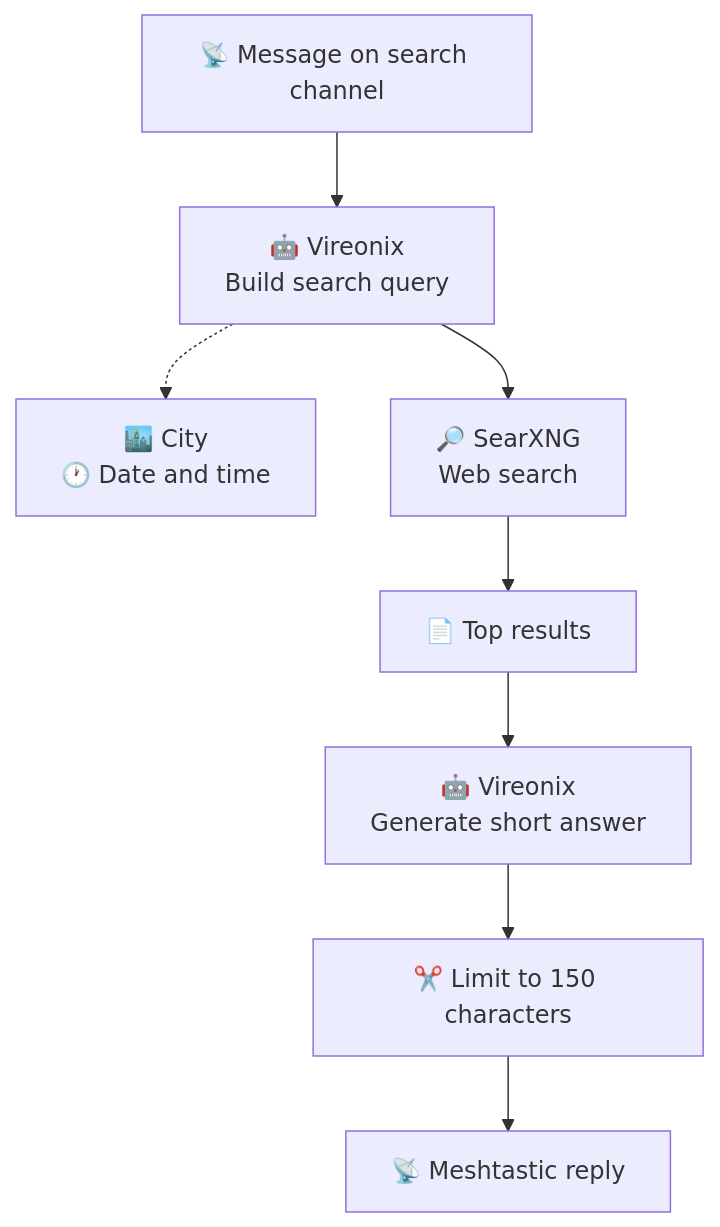
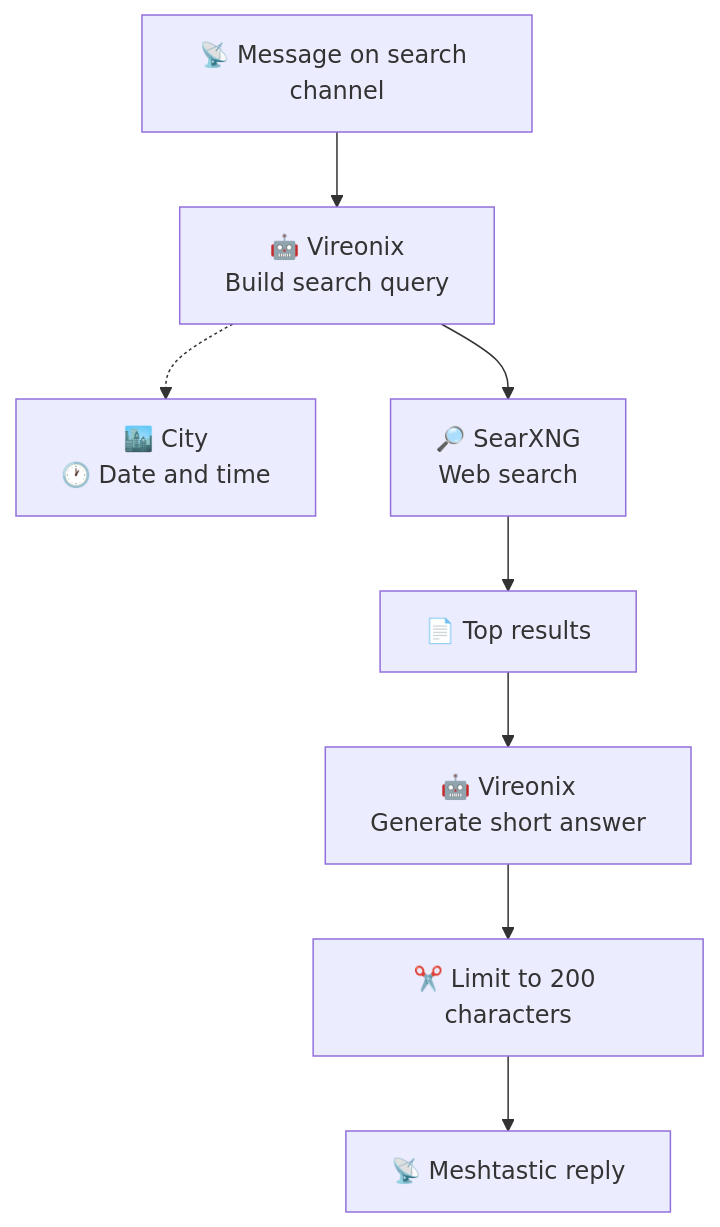
Before and after one commit to YR72dpi/meshtastic_search_bot: the second of 3 diagrams in README.md, drawn with Mermaid. The commit also changed other lines of this file and 4 other files, not shown here.

````diff
--- a/README.md
+++ b/README.md
@@ -93,10 +93,10 @@
 ```mermaid
 flowchart TD
     A["📡 Message on search channel"] --> B["🤖 Vireonix<br/>Build search query"]
     B -.-> L["🏙️ City<br/>🕐 Date and time"]
     B --> C["🔎 SearXNG<br/>Web search"]
     C --> D["📄 Top results"]
     D --> E["🤖 Vireonix<br/>Generate short answer"]
-    E --> F["✂️ Limit to 150 characters"]
+    E --> F["✂️ Limit to 200 characters"]
     F --> G["📡 Meshtastic reply"]
 ```
````
